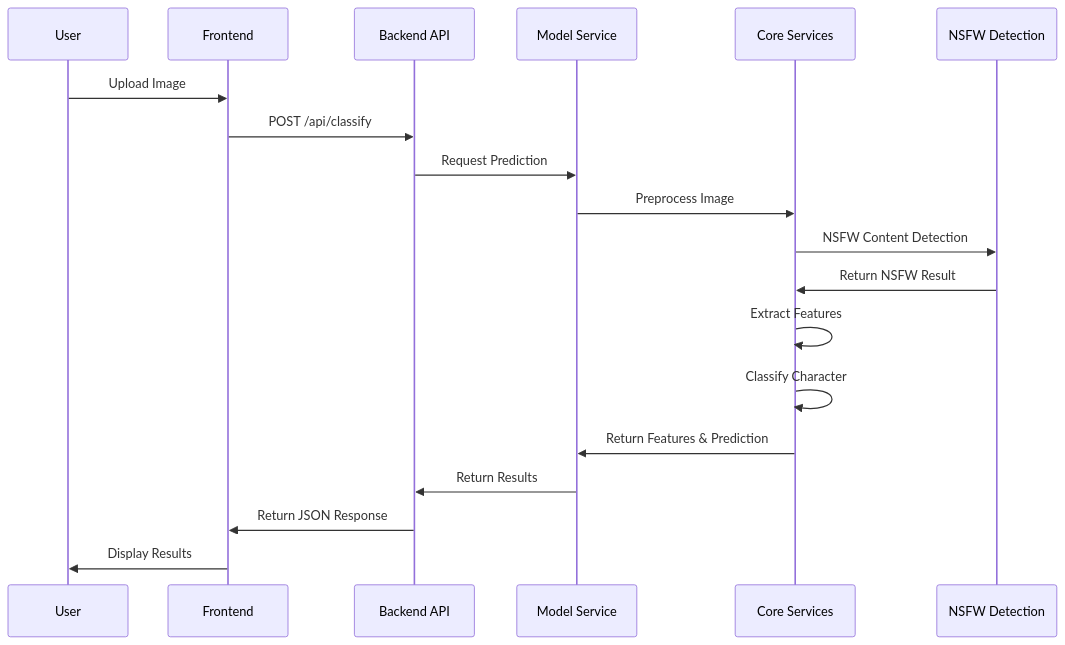
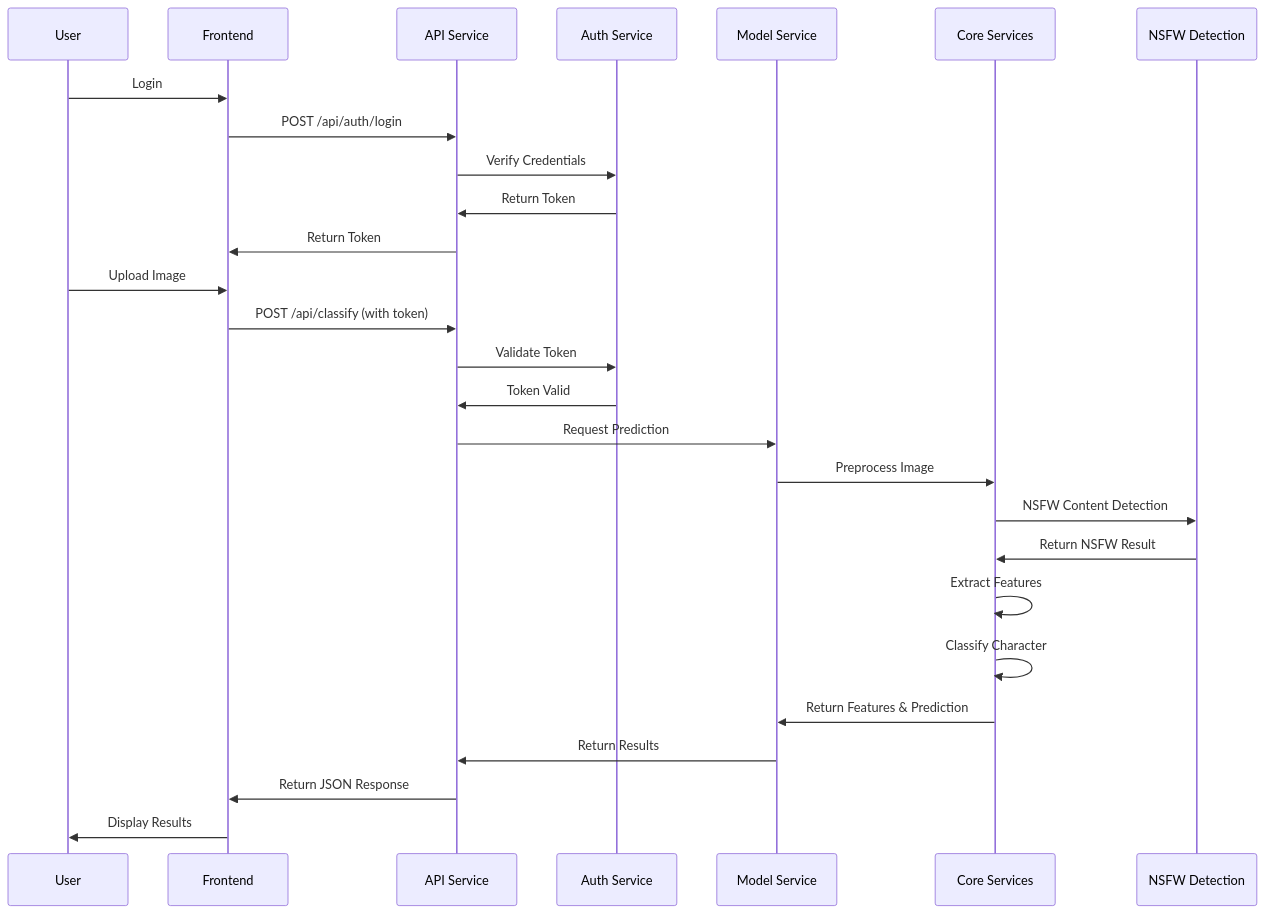
One commit to caozhaoqi/anime_role_detect changed the second of 2 diagrams in README.md. Above: the diagram before and after it, drawn with Mermaid. The commit also changed other lines of this file and 11 other files, not shown here.

````diff
--- a/README.md
+++ b/README.md
@@ -171,22 +184,31 @@
 ```mermaid
 sequenceDiagram
     participant User as User
     participant Frontend as Frontend
-    participant API as Backend API
+    participant API as API Service
+    participant Auth as Auth Service
     participant ModelService as Model Service
     participant Core as Core Services
     participant NSFW as NSFW Detection
     
+    User->>Frontend: Login
+    Frontend->>API: POST /api/auth/login
+    API->>Auth: Verify Credentials
+    Auth->>API: Return Token
+    API->>Frontend: Return Token
+    
     User->>Frontend: Upload Image
-    Frontend->>API: POST /api/classify
+    Frontend->>API: POST /api/classify (with token)
+    API->>Auth: Validate Token
+    Auth->>API: Token Valid
     API->>ModelService: Request Prediction
     ModelService->>Core: Preprocess Image
     Core->>NSFW: NSFW Content Detection
     NSFW->>Core: Return NSFW Result
     Core->>Core: Extract Features
     Core->>Core: Classify Character
     Core->>ModelService: Return Features & Prediction
     ModelService->>API: Return Results
     API->>Frontend: Return JSON Response
     Frontend->>User: Display Results
 ```
````
